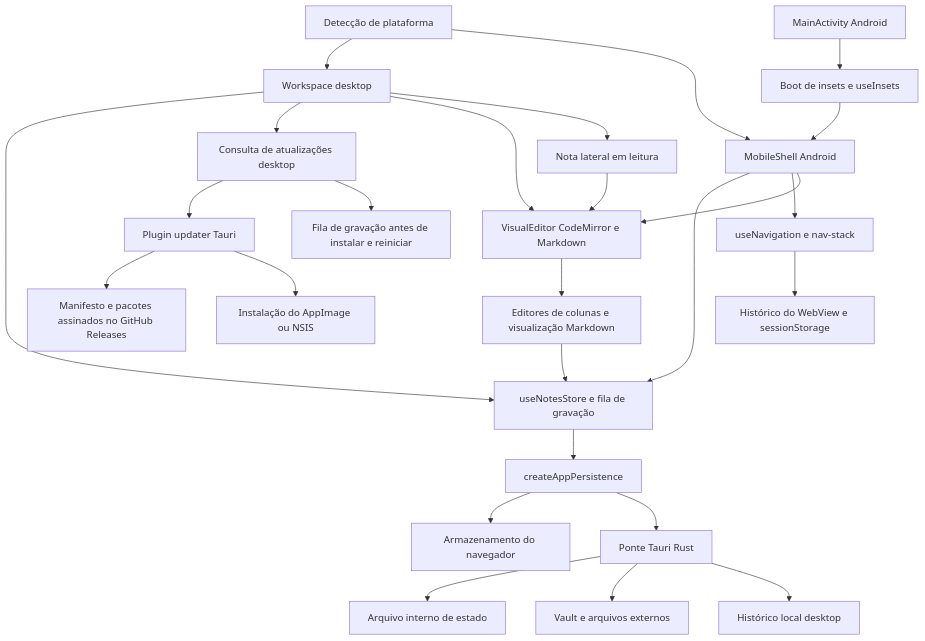
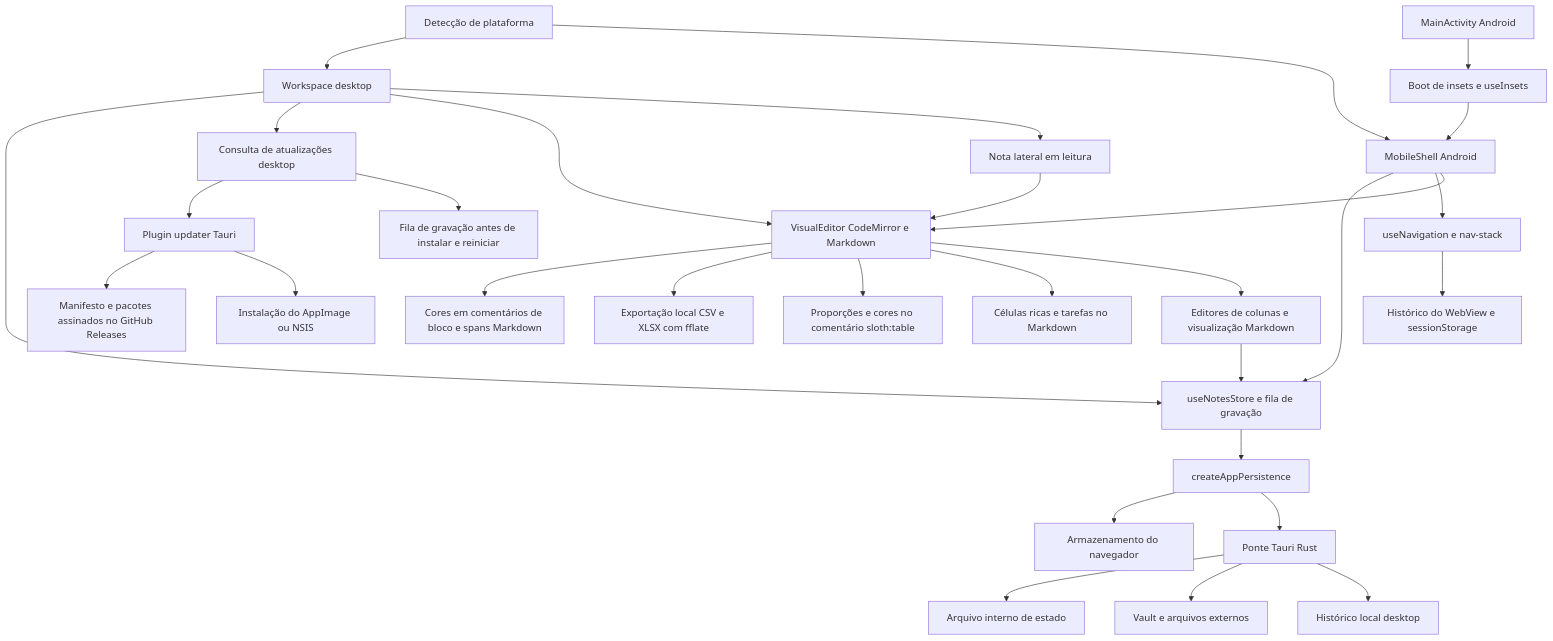
Before and after one commit to dougkusanagi/sloth-noter: the diagram in docs/architecture.md, drawn with Mermaid. The commit also changed 84 other files, not shown here.

First line of the commit message:
feat(editor): adicionar sumário, cores e tabelas como planilha

````diff
--- a/docs/architecture.md
+++ b/docs/architecture.md
@@ -6,28 +6,32 @@
 ```mermaid
 flowchart TD
   platform[Detecção de plataforma] --> desktop[Workspace desktop]
   platform --> mobile[MobileShell Android]
   desktop --> store[useNotesStore e fila de gravação]
   mobile --> store
   mobile --> navigation[useNavigation e nav-stack]
   navigation --> browser[Histórico do WebView e sessionStorage]
   desktop --> updates[Consulta de atualizações desktop]
   updates --> updater[Plugin updater Tauri]
   updater --> github[Manifesto e pacotes assinados no GitHub Releases]
   updater --> binary[Instalação do AppImage ou NSIS]
   updates --> saves[Fila de gravação antes de instalar e reiniciar]
   desktop --> editor[VisualEditor CodeMirror e Markdown]
   desktop --> sideNote[Nota lateral em leitura]
   sideNote --> editor
+  editor --> colors[Cores em comentários de bloco e spans Markdown]
   mobile --> editor
+  editor --> spreadsheets[Exportação local CSV e XLSX com fflate]
+  editor --> tableSizes[Proporções e cores no comentário sloth:table]
+  editor --> richCells[Células ricas e tarefas no Markdown]
   editor --> columns[Editores de colunas e visualização Markdown]
   columns --> store
   store --> runtime[createAppPersistence]
   runtime --> web[Armazenamento do navegador]
   runtime --> native[Ponte Tauri Rust]
   native --> state[Arquivo interno de estado]
   native --> vault[Vault e arquivos externos]
   native --> history[Histórico local desktop]
   android[MainActivity Android] --> insets[Boot de insets e useInsets]
   insets --> mobile
 ```
````
